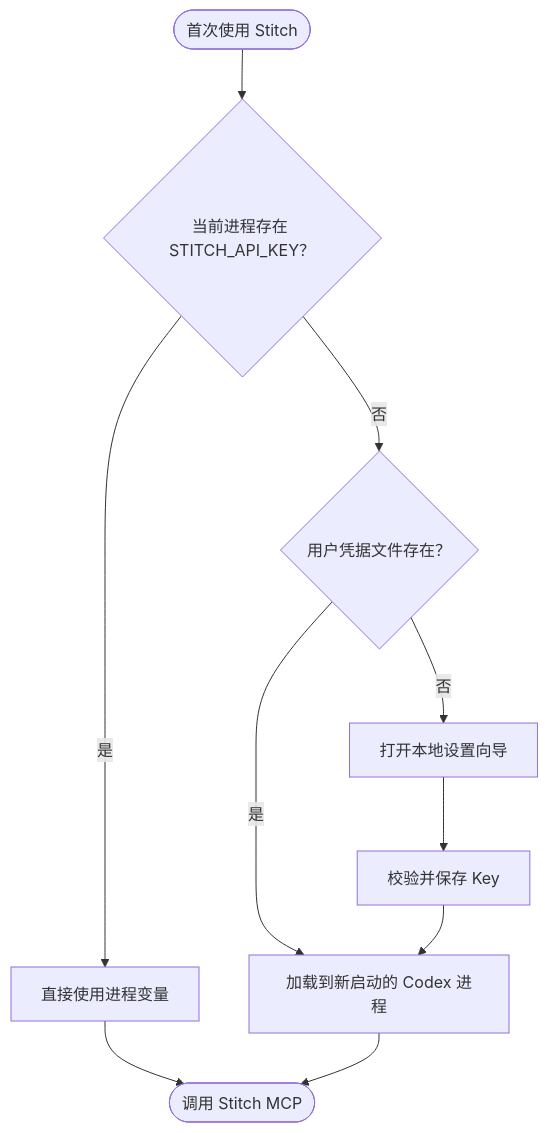
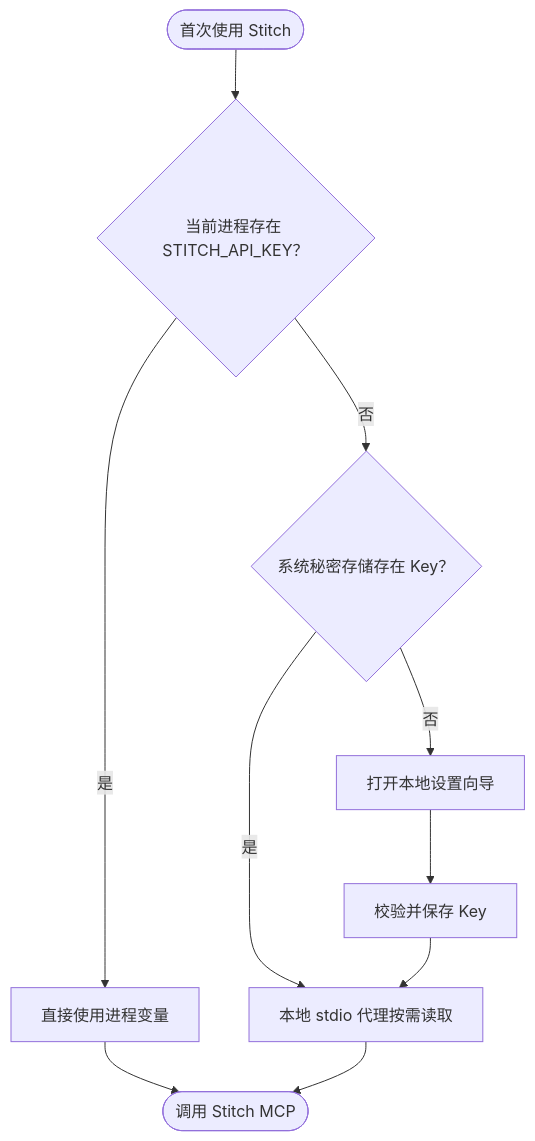
One commit to full-stack-plugins/stitch-design-plugin changed the second of 6 diagrams in docs/Stitch-Design-Technical-Solution.zh_CN.md. Above: the diagram before and after it, drawn with Mermaid. The commit also changed other lines of this file and 9 other files, not shown here.

````diff
--- a/docs/Stitch-Design-Technical-Solution.zh_CN.md
+++ b/docs/Stitch-Design-Technical-Solution.zh_CN.md
@@ -68,12 +69,12 @@
 ```mermaid
 flowchart TD
     Start(["首次使用 Stitch"]) --> Env{"当前进程存在 STITCH_API_KEY？"}
     Env -->|是| Direct["直接使用进程变量"]
-    Env -->|否| File{"用户凭据文件存在？"}
-    File -->|是| Inject["加载到新启动的 Codex 进程"]
-    File -->|否| Wizard["打开本地设置向导"]
+    Env -->|否| Store{"系统秘密存储存在 Key？"}
+    Store -->|是| Inject["本地 stdio 代理按需读取"]
+    Store -->|否| Wizard["打开本地设置向导"]
     Wizard --> Save["校验并保存 Key"]
     Save --> Inject
     Direct --> Ready(["调用 Stitch MCP"])
     Inject --> Ready
 ```
````
